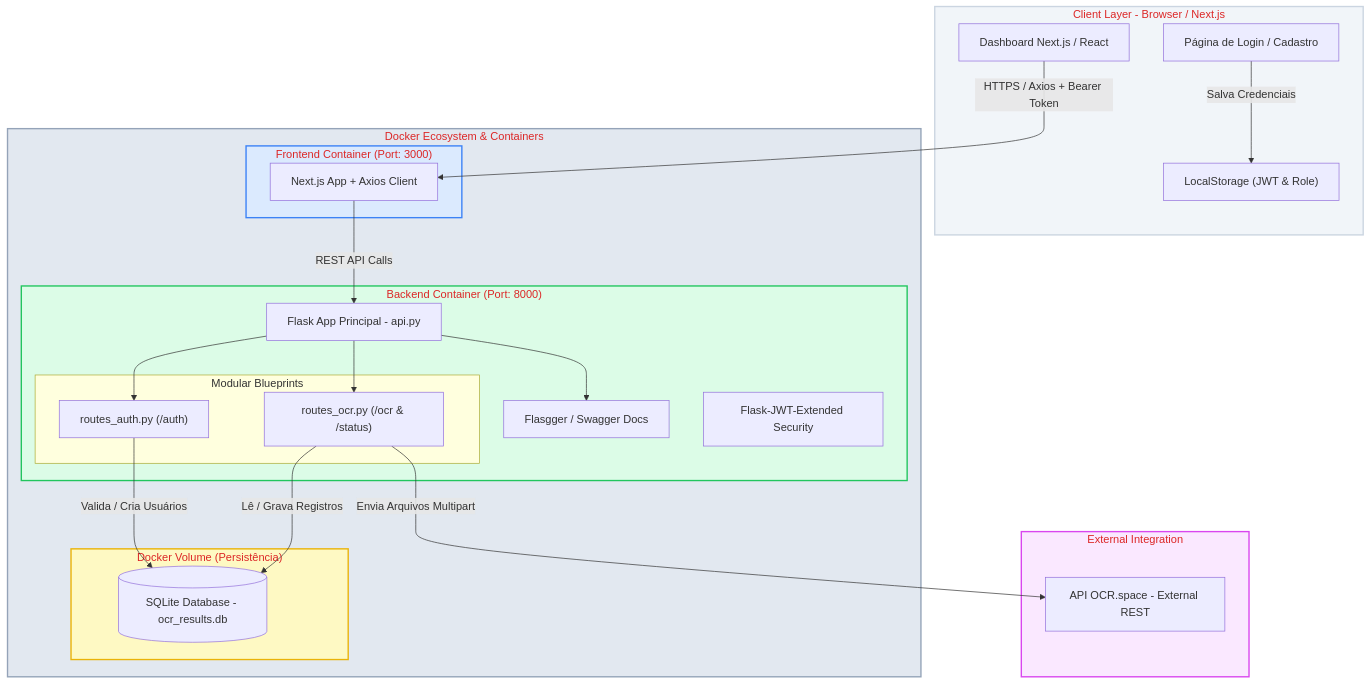
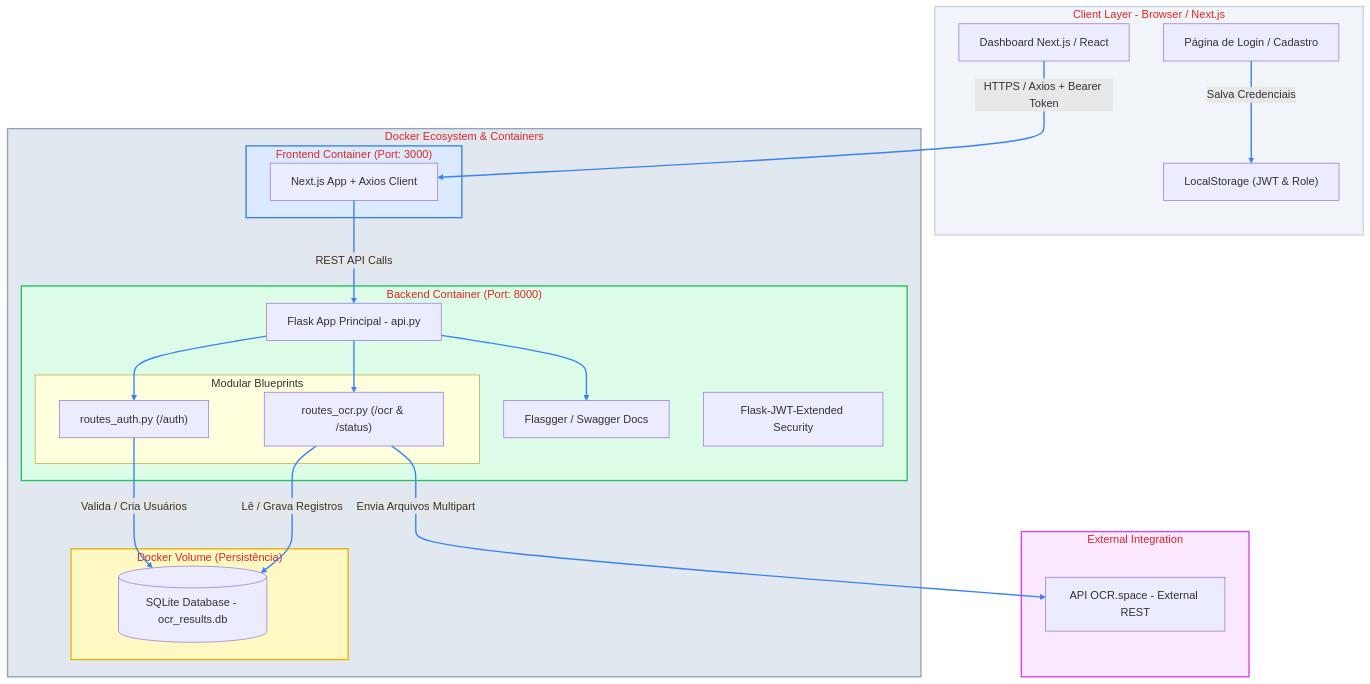
One commit to 7silasmelo7/frontendocr changed the diagram in README.md. Above: the diagram before and after it, drawn with Mermaid.

Commit message:
ajuste de cores

````diff
--- a/README.md
+++ b/README.md
@@ -72,59 +72,62 @@
 ```mermaid
 graph TD
     %% Camada de Cliente / Frontend
     subgraph Client ["Client Layer - Browser / Next.js"]
         UI["Dashboard Next.js / React"]
         AuthUI["Página de Login / Cadastro"]
         Store["LocalStorage (JWT & Role)"]
     end
 
     %% Ecossistema Docker
     subgraph Docker ["Docker Ecosystem & Containers"]
         
         subgraph FE_Container ["Frontend Container (Port: 3000)"]
             NextApp["Next.js App + Axios Client"]
         end
 
         subgraph BE_Container ["Backend Container (Port: 8000)"]
             FlaskCore["Flask App Principal - api.py"]
             SwaggerUI["Flasgger / Swagger Docs"]
             
             subgraph Blueprints ["Modular Blueprints"]
                 AuthBP["routes_auth.py (/auth)"]
                 OcrBP["routes_ocr.py (/ocr & /status)"]
             end
             
             JWT["Flask-JWT-Extended Security"]
         end
 
         subgraph Volume ["Docker Volume (Persistência)"]
             DB[(SQLite Database - ocr_results.db)]
         end
     end
 
     %% Integração Externa
     subgraph External ["External Integration"]
         OCRAPI["API OCR.space - External REST"]
     end
 
     %% Conexões e Fluxos
     UI -->|HTTPS / Axios + Bearer Token| NextApp
     AuthUI -->|Salva Credenciais| Store
     NextApp -->|REST API Calls| FlaskCore
     
     FlaskCore --> AuthBP
     FlaskCore --> OcrBP
     FlaskCore --> SwaggerUI
     
     AuthBP -->|Valida / Cria Usuários| DB
     OcrBP -->|Lê / Grava Registros| DB
     OcrBP -->|Envia Arquivos Multipart| OCRAPI
 
-    %% Estilização aplicada
+    %% Estilização aplicada (caixas e textos)
     style Client fill:#f1f5f9,stroke:#cbd5e1,stroke-width:2px,color:#dc2626
     style Docker fill:#e2e8f0,stroke:#94a3b8,stroke-width:2px,color:#dc2626
     style FE_Container fill:#dbeafe,stroke:#3b82f6,stroke-width:2px,color:#dc2626
     style BE_Container fill:#dcfce7,stroke:#22c55e,stroke-width:2px,color:#dc2626
     style Volume fill:#fef9c3,stroke:#eab308,stroke-width:2px,color:#dc2626
     style External fill:#fae8ff,stroke:#d946ef,stroke-width:2px,color:#dc2626
+
+    %% Estilização das setas (Azul)
+    linkStyle 0,1,2,3,4,5,6,7,8 stroke:#3b82f6,stroke-width:2px;
 ```
````
